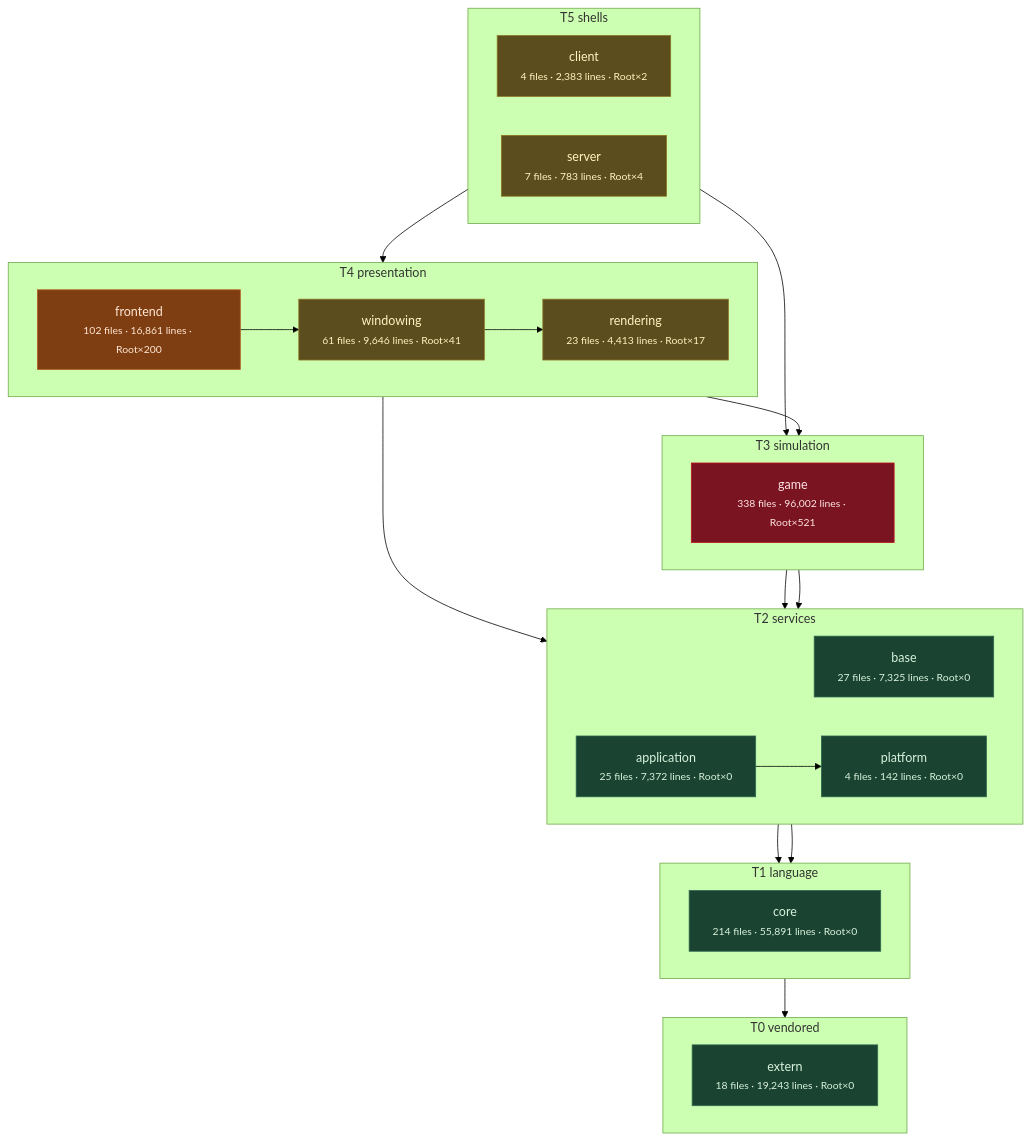
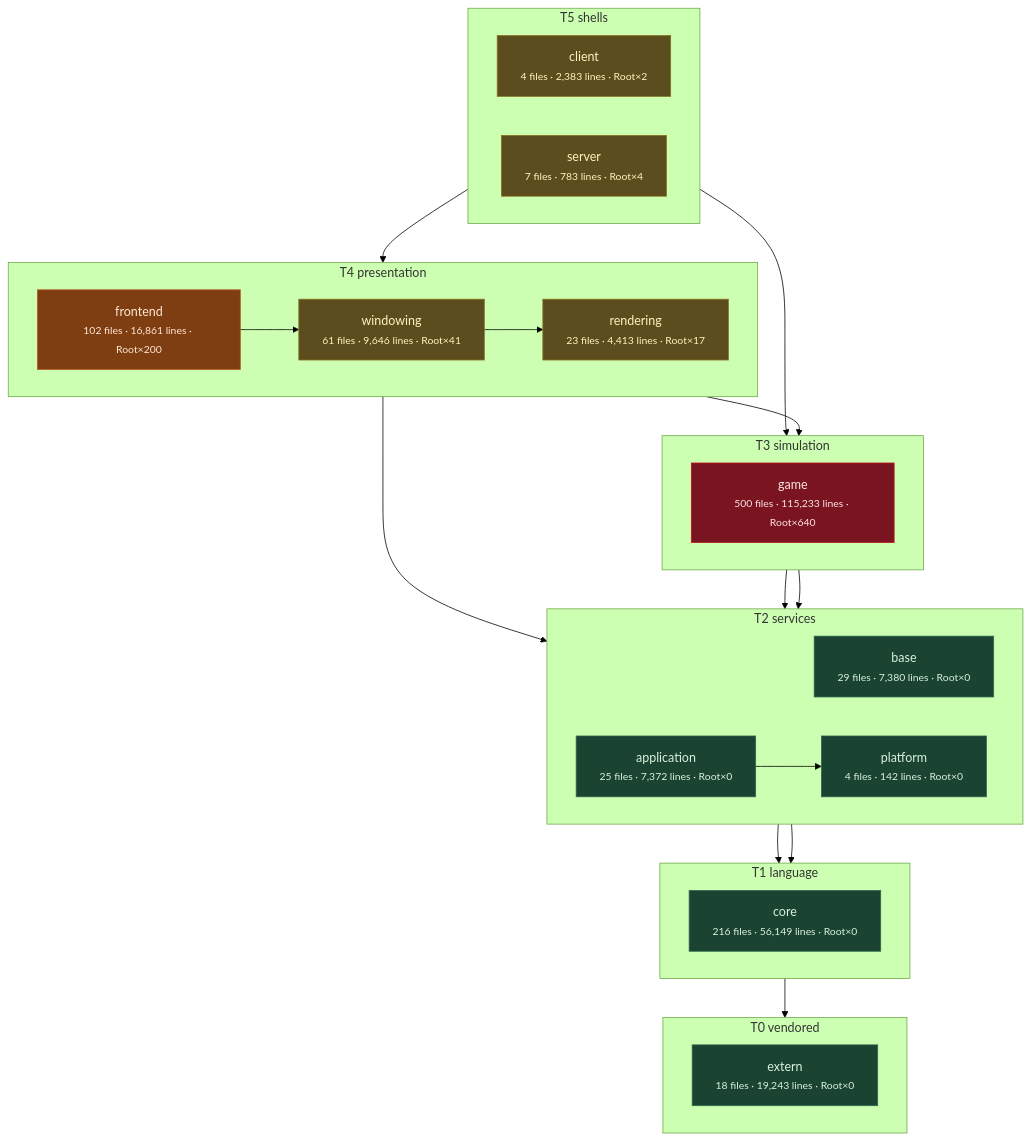
Before and after one commit to apnex/OpenStarbound: the third of 11 diagrams in docs/architecture/system-boundaries.md, drawn with Mermaid (forest theme). The commit also changed other lines of this file and 3 other files, not shown here.

````diff
--- a/docs/architecture/system-boundaries.md
+++ b/docs/architecture/system-boundaries.md
@@ -115,52 +134,52 @@
 ```mermaid
 flowchart TD
   subgraph T0["T0 vendored"]
     direction LR
     extern["extern<br/><small>18 files · 19,243 lines · Root×0</small>"]
   end
   subgraph T1["T1 language"]
     direction LR
-    core["core<br/><small>214 files · 55,891 lines · Root×0</small>"]
+    core["core<br/><small>216 files · 56,149 lines · Root×0</small>"]
   end
   subgraph T2["T2 services"]
     direction LR
-    base["base<br/><small>27 files · 7,325 lines · Root×0</small>"]
+    base["base<br/><small>29 files · 7,380 lines · Root×0</small>"]
     platform["platform<br/><small>4 files · 142 lines · Root×0</small>"]
     application["application<br/><small>25 files · 7,372 lines · Root×0</small>"]
   end
   subgraph T3["T3 simulation"]
     direction LR
-    game["game<br/><small>338 files · 96,002 lines · Root×521</small>"]
+    game["game<br/><small>500 files · 115,233 lines · Root×640</small>"]
   end
   subgraph T4["T4 presentation"]
     direction LR
     rendering["rendering<br/><small>23 files · 4,413 lines · Root×17</small>"]
     windowing["windowing<br/><small>61 files · 9,646 lines · Root×41</small>"]
     frontend["frontend<br/><small>102 files · 16,861 lines · Root×200</small>"]
   end
   subgraph T5["T5 shells"]
     direction LR
     client["client<br/><small>4 files · 2,383 lines · Root×2</small>"]
     server["server<br/><small>7 files · 783 lines · Root×4</small>"]
   end
   core --> extern
   base --> core
   platform --> core
   application --> platform
   game --> base
   game --> platform
   rendering --> application
   rendering --> game
   windowing --> rendering
   frontend --> windowing
   client --> frontend
   server --> game
   classDef clean fill:#1b4332,stroke:#2d6a4f,color:#d8f3dc
   classDef warm  fill:#5c4d1e,stroke:#8a7420,color:#fff3bf
   classDef hot   fill:#7f3e12,stroke:#b5561b,color:#ffe8d6
   classDef blaze fill:#7a1420,stroke:#c1121f,color:#ffe5e5
   class extern,core,base,platform,application clean
   class rendering,windowing,client,server warm
   class frontend hot
   class game blaze
 ```
````
